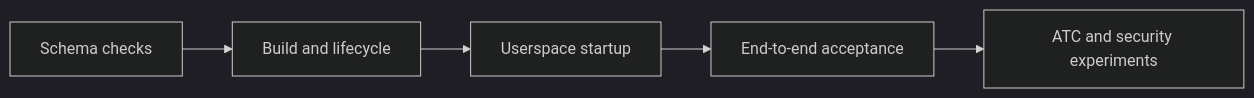
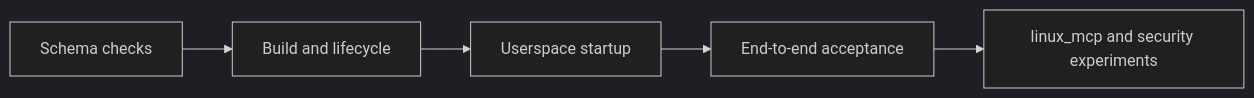
Before and after one commit to xiheng724/linux_mcp: the third of 4 diagrams in README.md, drawn with Mermaid (dark theme). The commit also changed other lines of this file and 218 other files, not shown here.

````diff
--- a/README.md
+++ b/README.md
@@ -318,7 +318,7 @@
 ```mermaid
 flowchart LR
     A[Schema checks] --> B[Build and lifecycle]
     B --> C[Userspace startup]
     C --> D[End-to-end acceptance]
-    D --> E[ATC and security experiments]
+    D --> E[linux_mcp and security experiments]
 ```
````
